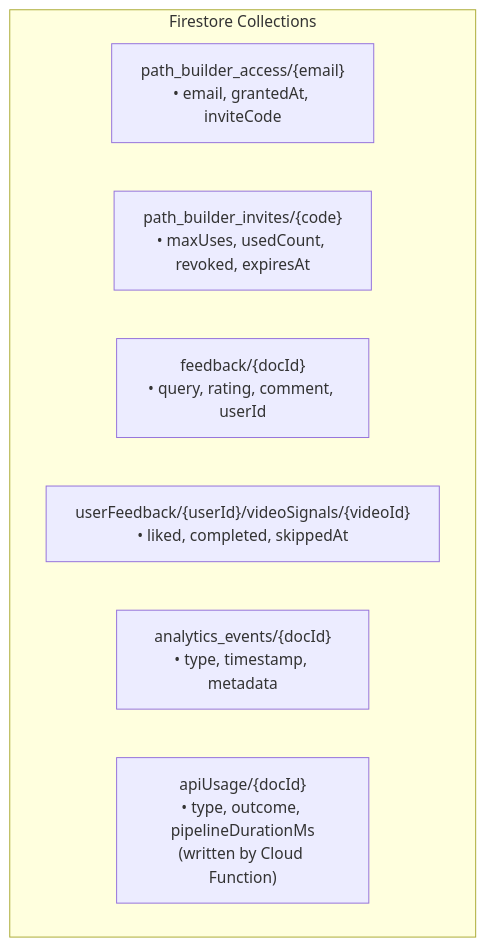
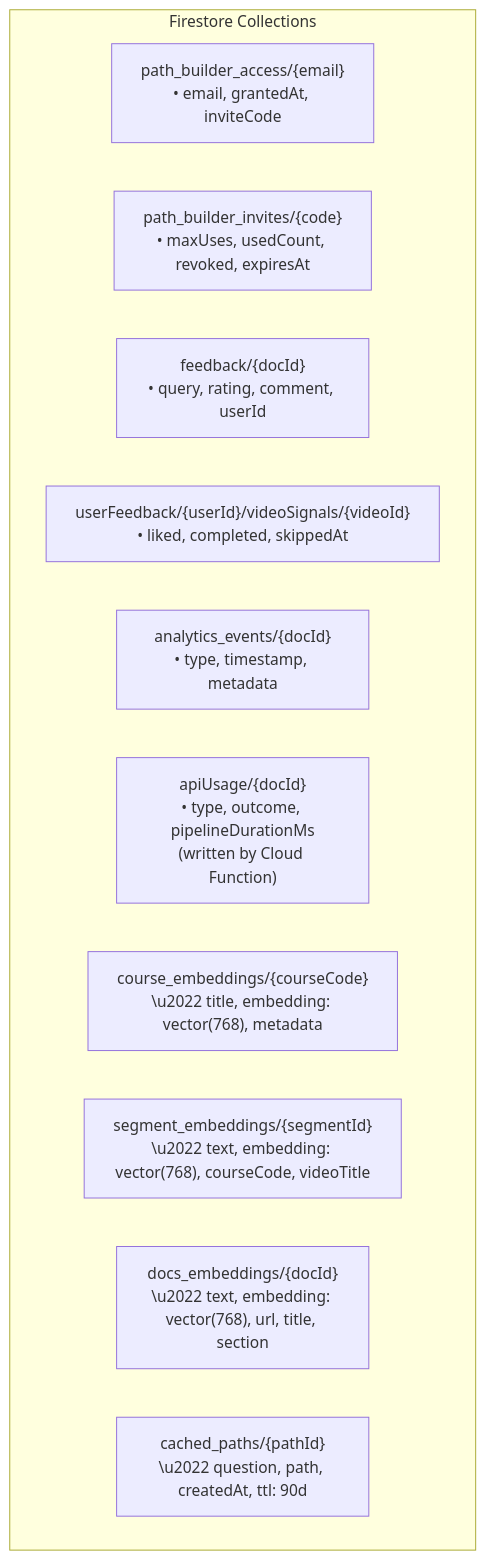
One commit to SamDeiter/Unreal-Learning-Path-Tagging-System changed the fourth of 7 diagrams in ARCHITECTURE.md. Above: the diagram before and after it, drawn with Mermaid. The commit also changed other lines of this file and 2 other files, not shown here.

Commit message:
docs: add Firestore vector migration, bespoke learning paths, and security guardrails to project docs

````diff
--- a/ARCHITECTURE.md
+++ b/ARCHITECTURE.md
@@ -166,11 +166,15 @@
 ```mermaid
 graph TB
     subgraph "Firestore Collections"
         PBA["path_builder_access/{email}<br/>• email, grantedAt, inviteCode"]
         PBI["path_builder_invites/{code}<br/>• maxUses, usedCount, revoked, expiresAt"]
         FB["feedback/{docId}<br/>• query, rating, comment, userId"]
         UF["userFeedback/{userId}/videoSignals/{videoId}<br/>• liked, completed, skippedAt"]
         AE["analytics_events/{docId}<br/>• type, timestamp, metadata"]
         AU["apiUsage/{docId}<br/>• type, outcome, pipelineDurationMs<br/>(written by Cloud Function)"]
+        CE["course_embeddings/{courseCode}\n\u2022 title, embedding: vector(768), metadata"]
+        SE["segment_embeddings/{segmentId}\n\u2022 text, embedding: vector(768), courseCode, videoTitle"]
+        DE["docs_embeddings/{docId}\n\u2022 text, embedding: vector(768), url, title, section"]
+        CP["cached_paths/{pathId}\n\u2022 question, path, createdAt, ttl: 90d"]
     end
 ```
````
